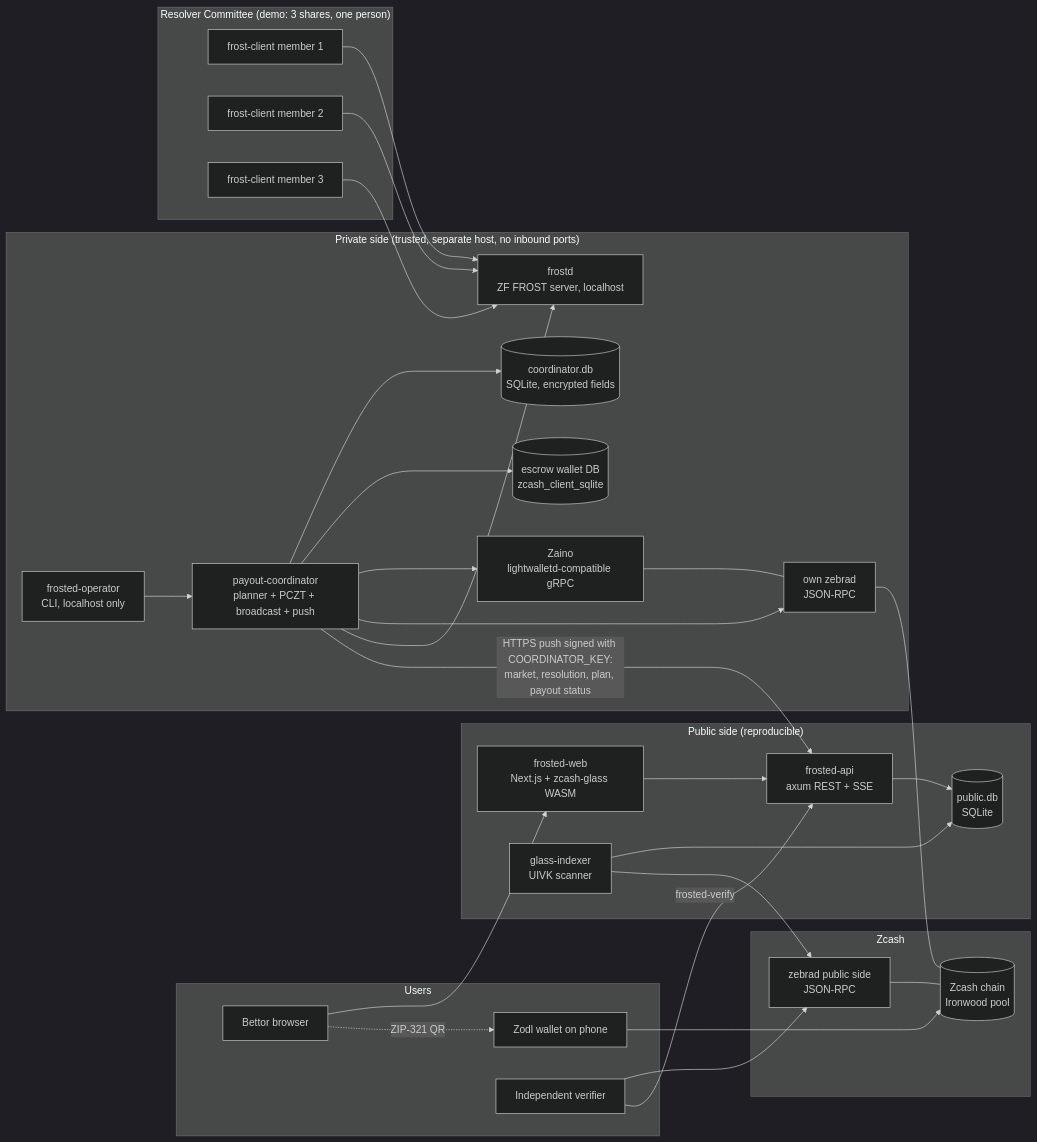
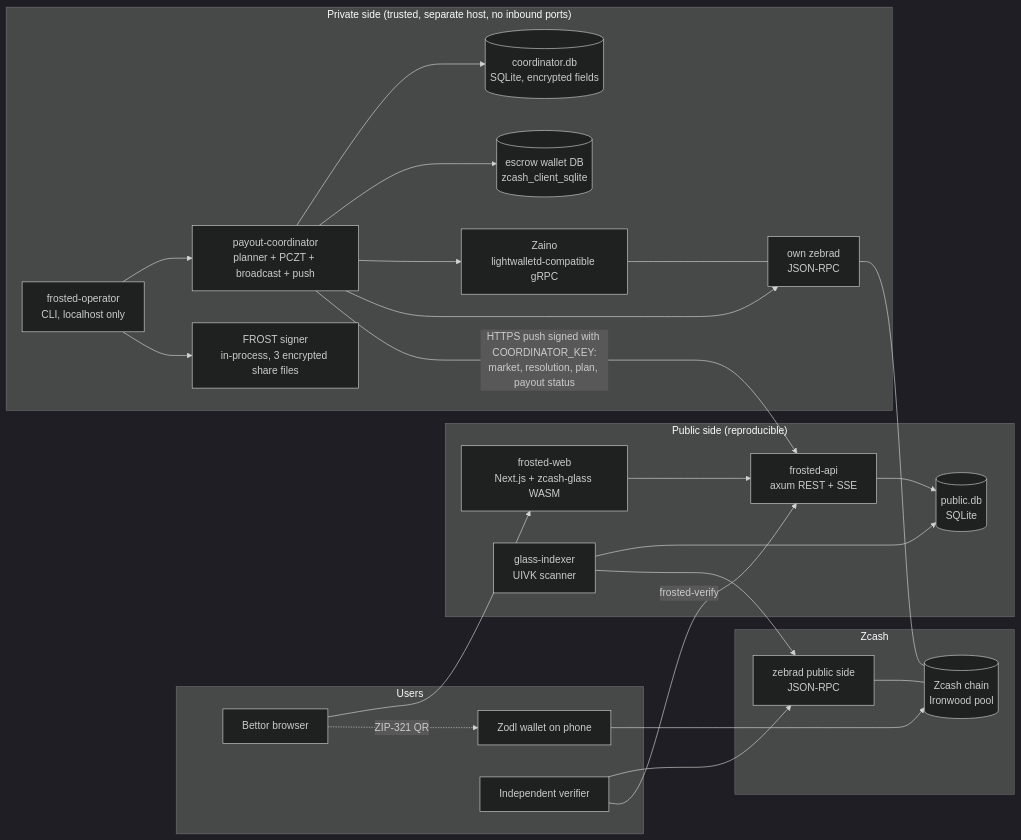
The seventh of 19 diagrams in docs/PROJECT_SPEC_FROSTED.md (jonathanmaul/frosted), drawn with Mermaid (dark theme) before and after one commit. The commit also changed other lines of this file, not shown here.

Commit message:
docs: apply spike results to spec (in-process FROST, proven APIs, crate groups)

````diff
--- a/docs/PROJECT_SPEC_FROSTED.md
+++ b/docs/PROJECT_SPEC_FROSTED.md
@@ -772,59 +772,50 @@
 ```mermaid
 flowchart LR
     subgraph Users
         B[Bettor browser]
         W[Zodl wallet on phone]
         V[Independent verifier]
     end
 
     subgraph Public_side["Public side (reproducible)"]
         WEB[frosted-web<br/>Next.js + zcash-glass WASM]
         API[frosted-api<br/>axum REST + SSE]
         IDX[glass-indexer<br/>UIVK scanner]
         PDB[(public.db<br/>SQLite)]
     end
 
     subgraph Private_side["Private side (trusted, separate host, no inbound ports)"]
         OPCLI[frosted-operator<br/>CLI, localhost only]
         COORD[payout-coordinator<br/>planner + PCZT + broadcast + push]
         CDB[(coordinator.db<br/>SQLite, encrypted fields)]
         WDB[(escrow wallet DB<br/>zcash_client_sqlite)]
-        FROSTD[frostd<br/>ZF FROST server, localhost]
+        FROSTS[FROST signer<br/>in-process, 3 encrypted share files]
         ZPRIV[own zebrad<br/>JSON-RPC]
         LWD[Zaino<br/>lightwalletd-compatible gRPC]
-    end
-
-    subgraph Committee["Resolver Committee (demo: 3 shares, one person)"]
-        S1[frost-client member 1]
-        S2[frost-client member 2]
-        S3[frost-client member 3]
     end
 
     subgraph Zcash
         ZEBRA[zebrad public side<br/>JSON-RPC]
         CHAIN[(Zcash chain<br/>Ironwood pool)]
     end
 
     B --> WEB
     WEB --> API
     B -. ZIP-321 QR .-> W
     W --> CHAIN
     API --> PDB
     IDX --> PDB
     IDX --> ZEBRA
     ZEBRA --- CHAIN
     ZPRIV --- CHAIN
     LWD --- ZPRIV
     OPCLI --> COORD
     COORD --> CDB
     COORD --> WDB
     COORD --> LWD
     COORD --> ZPRIV
-    COORD --> FROSTD
-    S1 --> FROSTD
-    S2 --> FROSTD
-    S3 --> FROSTD
+    OPCLI --> FROSTS
     COORD -->|HTTPS push signed with COORDINATOR_KEY:<br/>market, resolution, plan, payout status| API
     V --> ZEBRA
     V -->|frosted-verify| API
 ```
````
